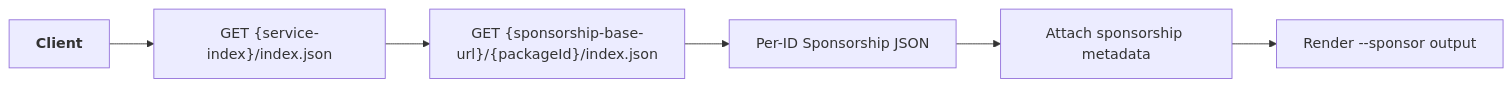
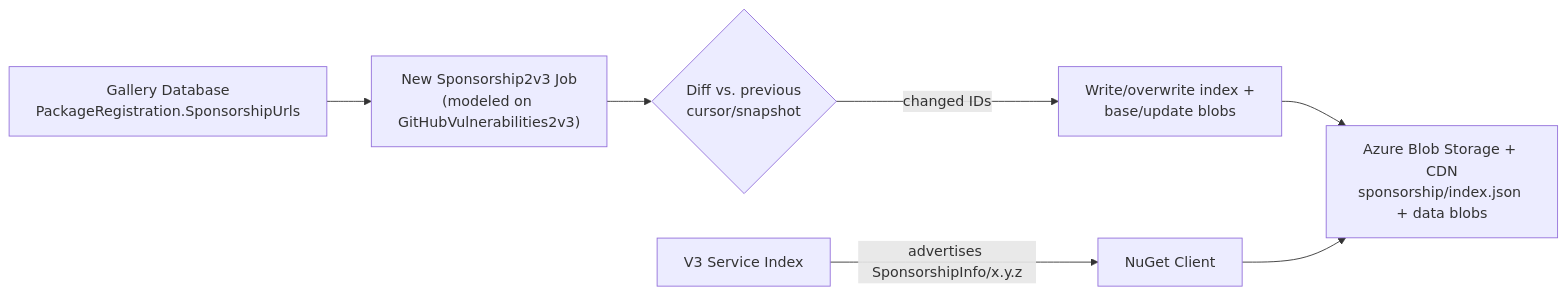
Before and after one commit to NuGet/Home: the fourth of 4 diagrams in accepted/2026/sponsorship-Technical-Spec.md, drawn with Mermaid. The commit also changed other lines of this file, not shown here.

````diff
--- a/accepted/2026/sponsorship-Technical-Spec.md
+++ b/accepted/2026/sponsorship-Technical-Spec.md
@@ -242,9 +220,9 @@
 ```mermaid
 flowchart LR
-    A["<b>Client</b>"]
-    A --> B["GET {service-index}/index.json"]
-    B --> C["GET {sponsorship-base-url}/{packageId}/index.json"]
-    C --> D["Per-ID Sponsorship JSON"]
-    D --> E["Attach sponsorship metadata"]
-    E --> F["Render --sponsor output"]
+    A["Gallery Database\nPackageRegistration.SponsorshipUrls"] --> B["New Sponsorship2v3 Job\n(modeled on GitHubVulnerabilities2v3)"]
+    B --> C{"Diff vs. previous\ncursor/snapshot"}
+    C -->|changed IDs| D["Write/overwrite index +\nbase/update blobs"]
+    D --> E["Azure Blob Storage + CDN\nsponsorship/index.json + data blobs"]
+    F["V3 Service Index"] -->|advertises SponsorshipInfo/x.y.z| G["NuGet Client"]
+    G --> E
 ```
````
